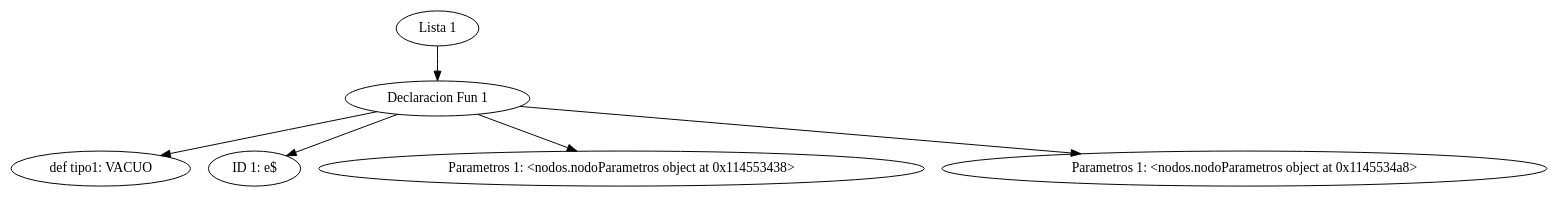
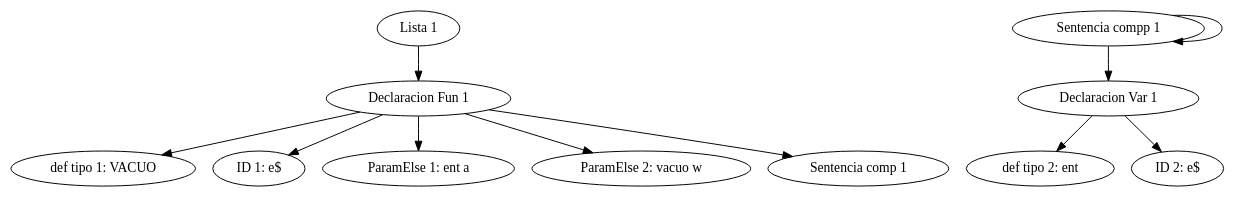
Before and after one commit to lancal/TallerCompiladores2018: the diagram in tree.dot, drawn with Graphviz. The commit also changed 8 other files, not shown here.

```diff
--- a/tree.dot
+++ b/tree.dot
@@ -1,7 +1,13 @@
 digraph G {
 	"Lista 1" -> "Declaracion Fun 1"
-	"Declaracion Fun 1" -> "def tipo1: VACUO" 
+	"Declaracion Fun 1" -> "def tipo 1: VACUO" 
 	"Declaracion Fun 1" -> "ID 1: e$" 
-	"Declaracion Fun 1" -> "Parametros 1: <nodos.nodoParametros object at 0x114553438>" 
-	"Declaracion Fun 1" -> "Parametros 1: <nodos.nodoParametros object at 0x1145534a8>" 
+	"Declaracion Fun 1" -> "ParamElse 1: ent a"
+	"Declaracion Fun 1" -> "ParamElse 2: vacuo w"
+	"Declaracion Fun 1" -> 	"Sentencia comp 1"
+	"Sentencia compp 1" -> 
+	"Sentencia compp 1" -> 
+"Declaracion Var 1"
+	"Declaracion Var 1" -> "def tipo 2: ent" 
+	"Declaracion Var 1" -> "ID 2: e$" 
 }
```
